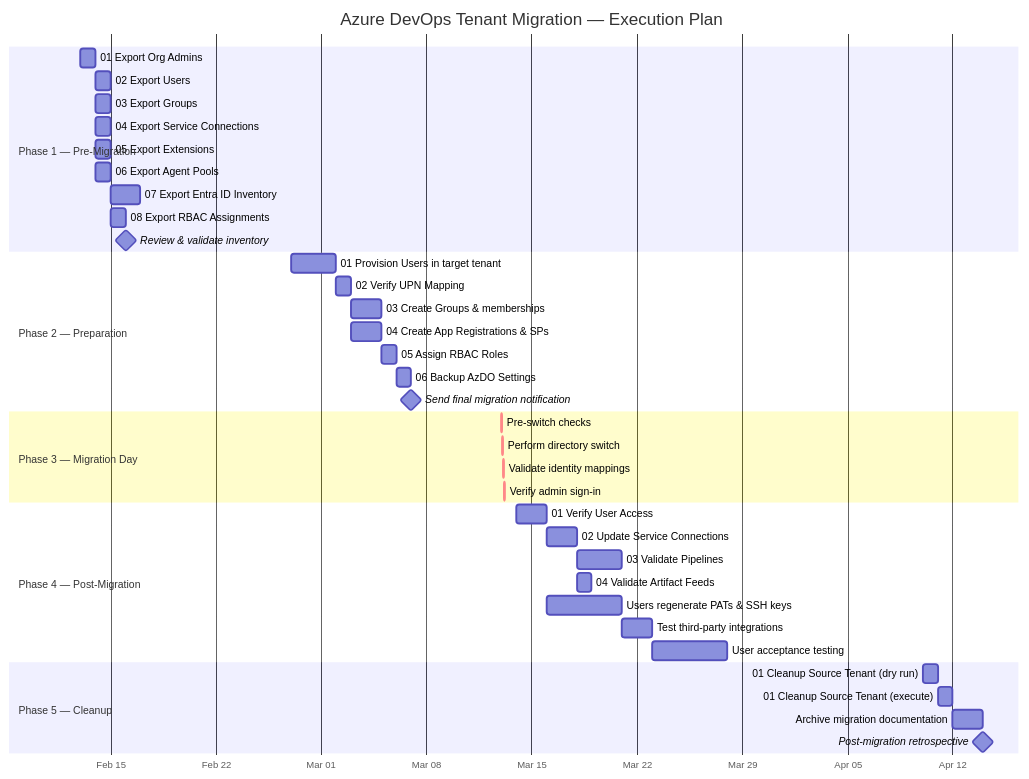
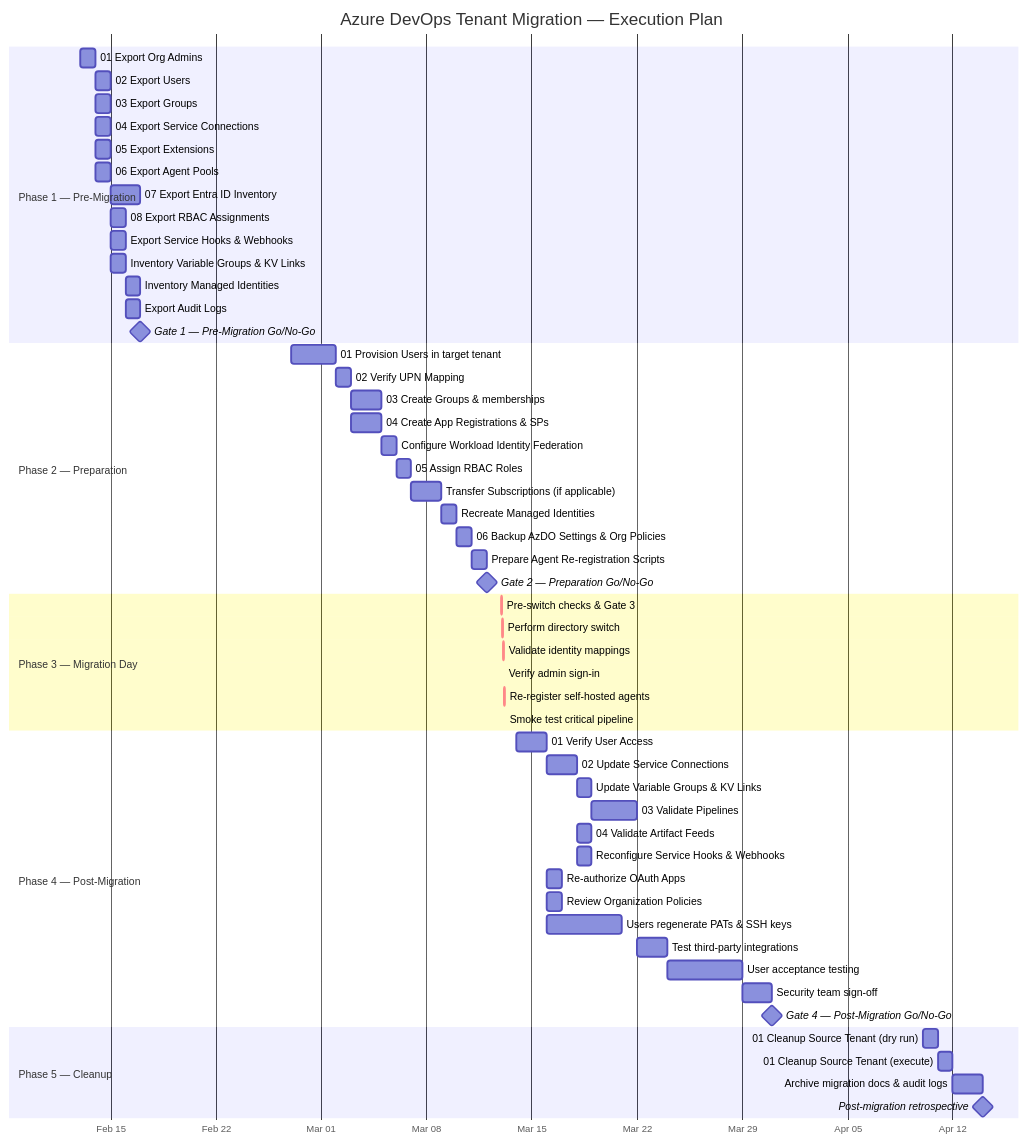
Before and after one commit to frkim/AzDOTenantMigration: the diagram in AzDO-Migration-Plan.md, drawn with Mermaid. The commit also changed other lines of this file, not shown here.

Commit message:
Refactor AzDO Migration Plan: Update sections for Managed Identities, Subscription Transfer, and Migration Steps; enhance RACI and Go/No-Go criteria; add Audit and Compliance considerations; improve migration checklist and rollback plan.

````diff
--- a/AzDO-Migration-Plan.md
+++ b/AzDO-Migration-Plan.md
@@ -444,47 +709,63 @@
 ```mermaid
 gantt
     title Azure DevOps Tenant Migration — Execution Plan
     dateFormat  YYYY-MM-DD
     axisFormat  %b %d
 
     section Phase 1 — Pre-Migration
     01 Export Org Admins                        :pre01, 2026-02-13, 1d
     02 Export Users                             :pre02, after pre01, 1d
     03 Export Groups                            :pre03, after pre01, 1d
     04 Export Service Connections               :pre04, after pre01, 1d
     05 Export Extensions                        :pre05, after pre01, 1d
     06 Export Agent Pools                       :pre06, after pre01, 1d
     07 Export Entra ID Inventory                :pre07, after pre02, 2d
     08 Export RBAC Assignments                  :pre08, after pre04, 1d
-    Review & validate inventory                 :milestone, pre_review, after pre08, 0d
+    Export Service Hooks & Webhooks             :pre09, after pre04, 1d
+    Inventory Variable Groups & KV Links        :pre10, after pre04, 1d
+    Inventory Managed Identities                :pre11, after pre08, 1d
+    Export Audit Logs                           :pre12, after pre08, 1d
+    Gate 1 — Pre-Migration Go/No-Go            :milestone, gate1, after pre12, 0d
 
     section Phase 2 — Preparation
     01 Provision Users in target tenant         :prep01, 2026-02-27, 3d
     02 Verify UPN Mapping                       :prep02, after prep01, 1d
     03 Create Groups & memberships              :prep03, after prep02, 2d
     04 Create App Registrations & SPs           :prep04, after prep02, 2d
-    05 Assign RBAC Roles                        :prep05, after prep04, 1d
-    06 Backup AzDO Settings                     :prep06, after prep05, 1d
-    Send final migration notification           :milestone, prep_notify, after prep06, 0d
+    Configure Workload Identity Federation      :prep04b, after prep04, 1d
+    05 Assign RBAC Roles                        :prep05, after prep04b, 1d
+    Transfer Subscriptions (if applicable)      :prep05b, after prep05, 2d
+    Recreate Managed Identities                 :prep05c, after prep05b, 1d
+    06 Backup AzDO Settings & Org Policies      :prep06, after prep05c, 1d
+    Prepare Agent Re-registration Scripts       :prep07, after prep06, 1d
+    Gate 2 — Preparation Go/No-Go              :milestone, gate2, after prep07, 0d
 
     section Phase 3 — Migration Day
-    Pre-switch checks                           :crit, mig01, 2026-03-13, 1h
+    Pre-switch checks & Gate 3                  :crit, mig01, 2026-03-13, 1h
     Perform directory switch                    :crit, mig02, after mig01, 2h
     Validate identity mappings                  :crit, mig03, after mig02, 1h
-    Verify admin sign-in                        :crit, mig04, after mig03, 1h
+    Verify admin sign-in                        :crit, mig04, after mig03, 30min
+    Re-register self-hosted agents              :crit, mig05, after mig04, 1h
+    Smoke test critical pipeline                :crit, mig06, after mig05, 30min
 
     section Phase 4 — Post-Migration
     01 Verify User Access                       :post01, 2026-03-14, 2d
     02 Update Service Connections               :post02, after post01, 2d
-    03 Validate Pipelines                       :post03, after post02, 3d
+    Update Variable Groups & KV Links           :post02b, after post02, 1d
+    03 Validate Pipelines                       :post03, after post02b, 3d
     04 Validate Artifact Feeds                  :post04, after post02, 1d
+    Reconfigure Service Hooks & Webhooks        :post05, after post02, 1d
+    Re-authorize OAuth Apps                     :post06, after post01, 1d
+    Review Organization Policies                :post07, after post01, 1d
     Users regenerate PATs & SSH keys            :post_pats, after post01, 5d
     Test third-party integrations               :post_integ, after post03, 2d
     User acceptance testing                     :post_uat, after post_integ, 5d
+    Security team sign-off                      :post_sec, after post_uat, 2d
+    Gate 4 — Post-Migration Go/No-Go           :milestone, gate4, after post_sec, 0d
 
     section Phase 5 — Cleanup
     01 Cleanup Source Tenant (dry run)          :clean01, 2026-04-10, 1d
     01 Cleanup Source Tenant (execute)          :clean02, after clean01, 1d
-    Archive migration documentation             :clean03, after clean02, 2d
+    Archive migration docs & audit logs         :clean03, after clean02, 2d
     Post-migration retrospective                :milestone, retro, after clean03, 0d
 ```
````
